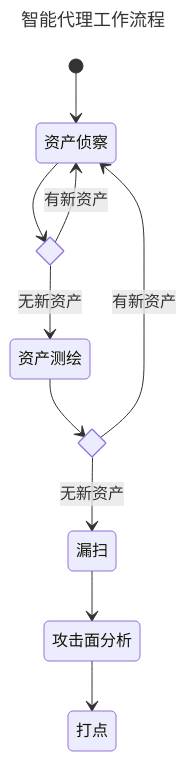
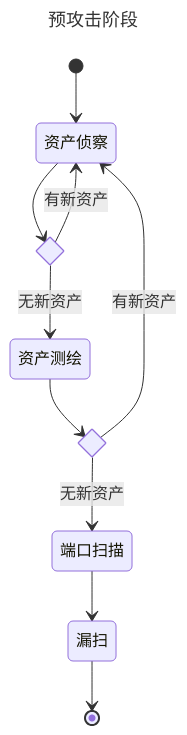
The first of 2 diagrams in README.md (hangxin1940/bladerazor), drawn with Mermaid before and after one commit. The commit also changed other lines of this file and 6 other files, not shown here.

````diff
--- a/README.md
+++ b/README.md
@@ -41,22 +41,21 @@
 ```mermaid
 ---
-title: 智能代理工作流程
+title: 预攻击阶段
 ---
 stateDiagram-v2
     state "资产侦察" as Recon
     state "资产测绘" as AssetMapping
+    state "端口扫描" as PortScan
     state "漏扫" as VulScan
-    state "攻击面分析" as AttackSurfaceResearch
-    state "打点" as EstablishingFoothold
     state new_recon_assets_state <<choice>>
     state new_mapping_assets_state <<choice>>
     [*] --> Recon
     Recon --> new_recon_assets_state
     new_recon_assets_state --> Recon: 有新资产
     new_recon_assets_state --> AssetMapping: 无新资产
     AssetMapping --> new_mapping_assets_state
     new_mapping_assets_state --> Recon: 有新资产
-    new_mapping_assets_state --> VulScan: 无新资产
-    VulScan --> AttackSurfaceResearch
-    AttackSurfaceResearch --> EstablishingFoothold
+    new_mapping_assets_state --> PortScan: 无新资产
+    PortScan --> VulScan
+    VulScan --> [*]
 ```
````
